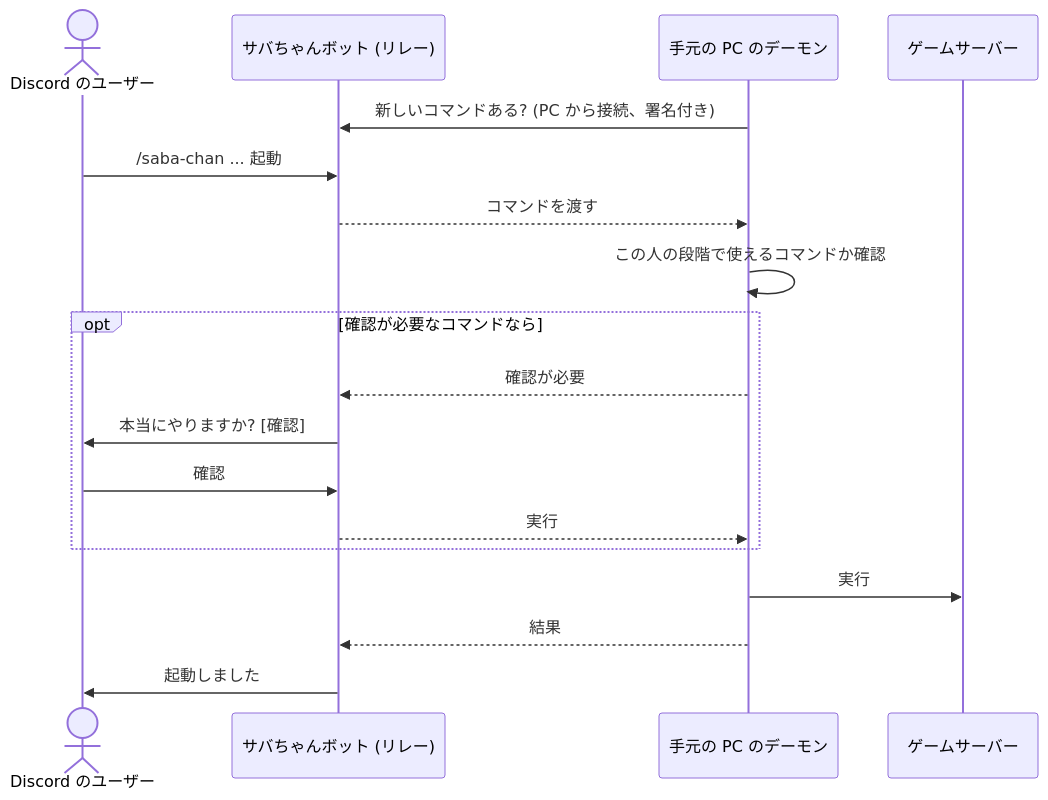
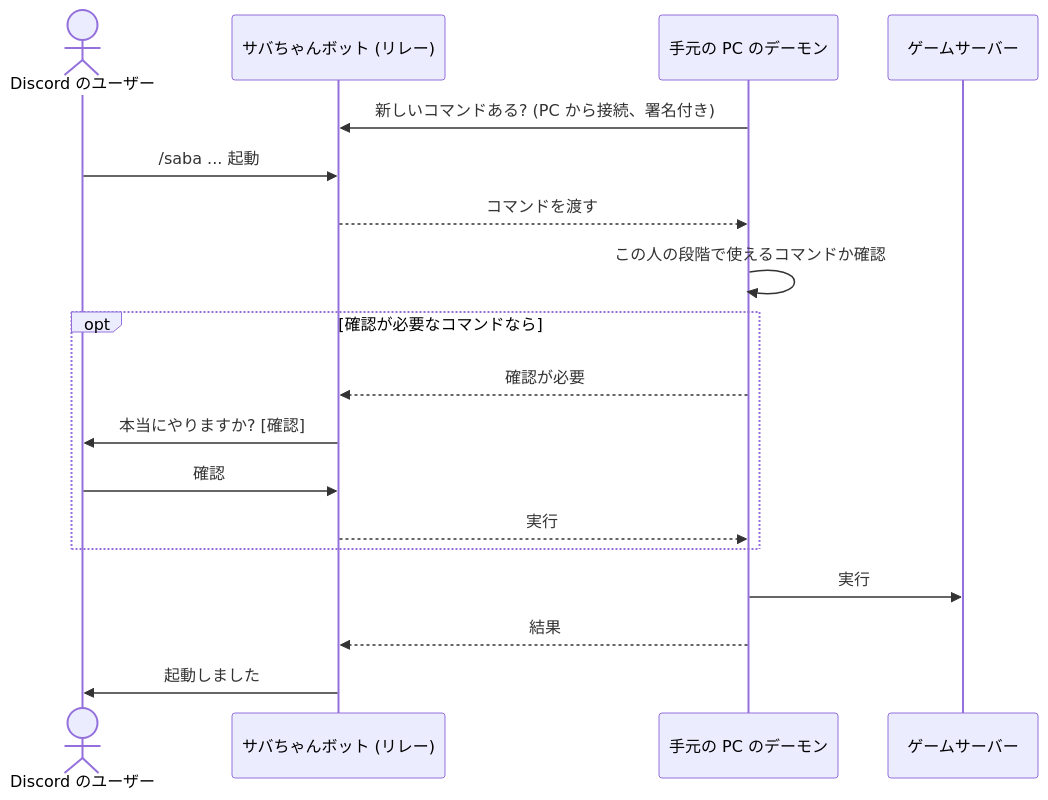
One commit to WareAoba/saba-chan changed the diagram in README.ja.md. Above: the diagram before and after it, drawn with Mermaid. The commit also changed other lines of this file and 2 other files, not shown here.

First line of the commit message:
docs(README): 영·일 슬래시 명령 이름(/saba), 되묻기 기본값, 웹 링크·리눅스 의존성·개인정보 문구를 코드에 맞춘다

````diff
--- a/README.ja.md
+++ b/README.ja.md
@@ -109,20 +109,20 @@
 ```mermaid
 sequenceDiagram
     actor User as Discord のユーザー
     participant Bot as サバちゃんボット (リレー)
     participant Daemon as 手元の PC のデーモン
     participant Game as ゲームサーバー
     Daemon->>Bot: 新しいコマンドある? (PC から接続、署名付き)
-    User->>Bot: /saba-chan ... 起動
+    User->>Bot: /saba ... 起動
     Bot-->>Daemon: コマンドを渡す
     Daemon->>Daemon: この人の段階で使えるコマンドか確認
     opt 確認が必要なコマンドなら
         Daemon-->>Bot: 確認が必要
         Bot->>User: 本当にやりますか? [確認]
         User->>Bot: 確認
         Bot-->>Daemon: 実行
     end
     Daemon->>Game: 実行
     Daemon-->>Bot: 結果
     Bot->>User: 起動しました
 ```
````
